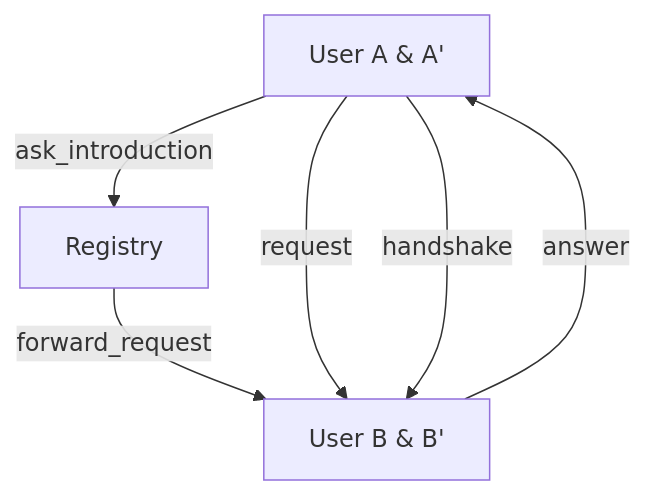
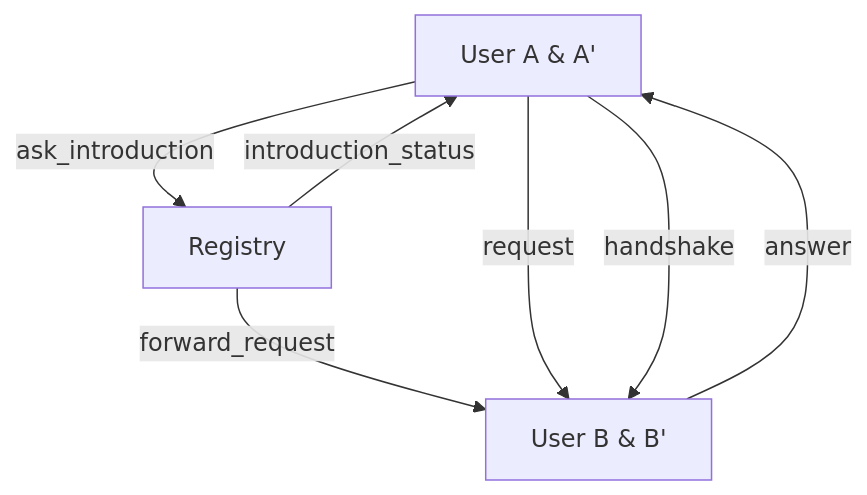
One commit to FabioPinheiro/scala-did changed the first of 4 diagrams in did/shared/src/main/scala/fmgp/did/comm/protocol/chatriqube/discovery/discovery-protocol.md. Above: the diagram before and after it, drawn with Mermaid. The commit also changed other lines of this file and 1 other file, not shown here.

````diff
--- a/did/shared/src/main/scala/fmgp/did/comm/protocol/chatriqube/discovery/discovery-protocol.md
+++ b/did/shared/src/main/scala/fmgp/did/comm/protocol/chatriqube/discovery/discovery-protocol.md
@@ -18,11 +19,12 @@
 ```mermaid
 flowchart TD
   A[User A & A']
   B[User B & B']
   R[Registry]
   A -->|ask_introduction| R
   R -->|forward_request| B
+  R -->|introduction_status| A
   A -->|request| B
   B -->|answer| A
   A -->|handshake| B
 ```
````
